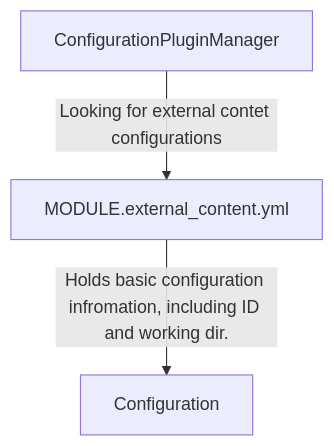
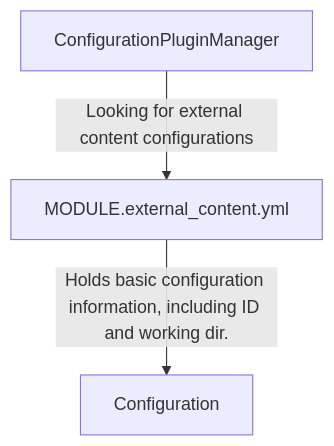
The first of 2 diagrams in app/Drupal/external_content/README.md (Niklan/niklan.net), drawn with Mermaid before and after one commit. The commit also changed other lines of this file and 81 other files, not shown here.

````diff
--- a/app/Drupal/external_content/README.md
+++ b/app/Drupal/external_content/README.md
@@ -58,5 +58,5 @@
 ```mermaid
 graph TB
-    ConfigurationPluginManager --> |Looking for external contet configurations| MODULE.external_content.yml
-    -->|Holds basic configuration infromation, including ID and working dir.| Configuration
+    ConfigurationPluginManager --> |Looking for external content configurations| MODULE.external_content.yml
+    -->|Holds basic configuration information, including ID and working dir.| Configuration
 ```
````
